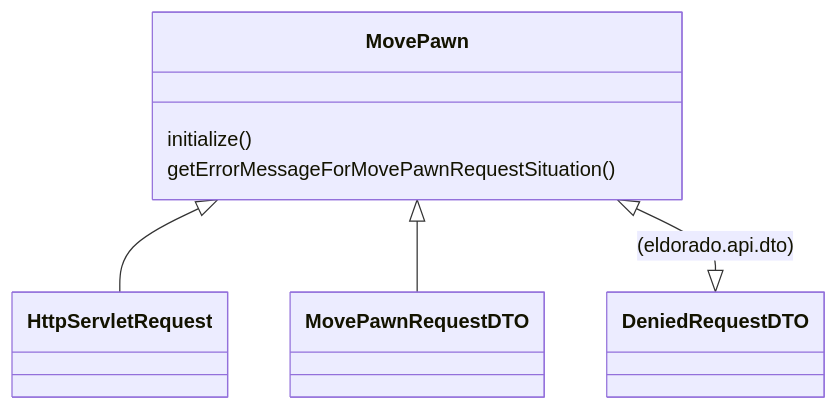
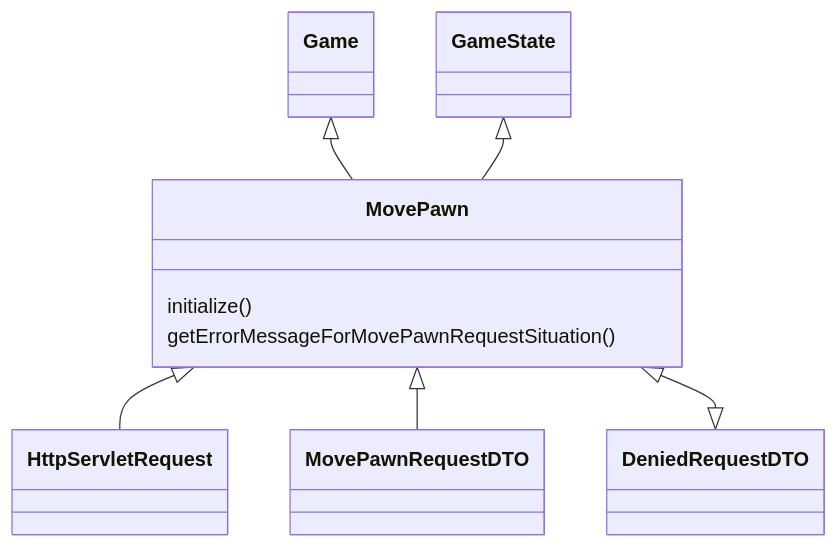
Before and after one commit to stijnlinderman/eldorado: the sixth of 8 diagrams in ARCHITECTURE.md, drawn with Mermaid. The commit also changed other lines of this file, not shown here.

````diff
--- a/ARCHITECTURE.md
+++ b/ARCHITECTURE.md
@@ -70,8 +72,10 @@
 ```mermaid
 classDiagram
+	Game <|-- MovePawn
+	GameState <|-- MovePawn
 	MovePawn <|-- HttpServletRequest
 	MovePawn <|-- MovePawnRequestDTO
-	MovePawn <|--|> DeniedRequestDTO: (eldorado.api.dto)
+	MovePawn <|--|> DeniedRequestDTO
 	MovePawn : initialize()
 	MovePawn : getErrorMessageForMovePawnRequestSituation()
 ```
````
